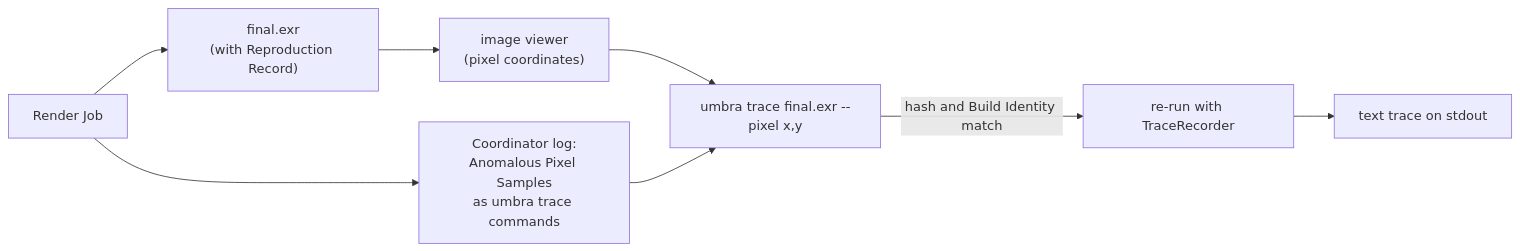
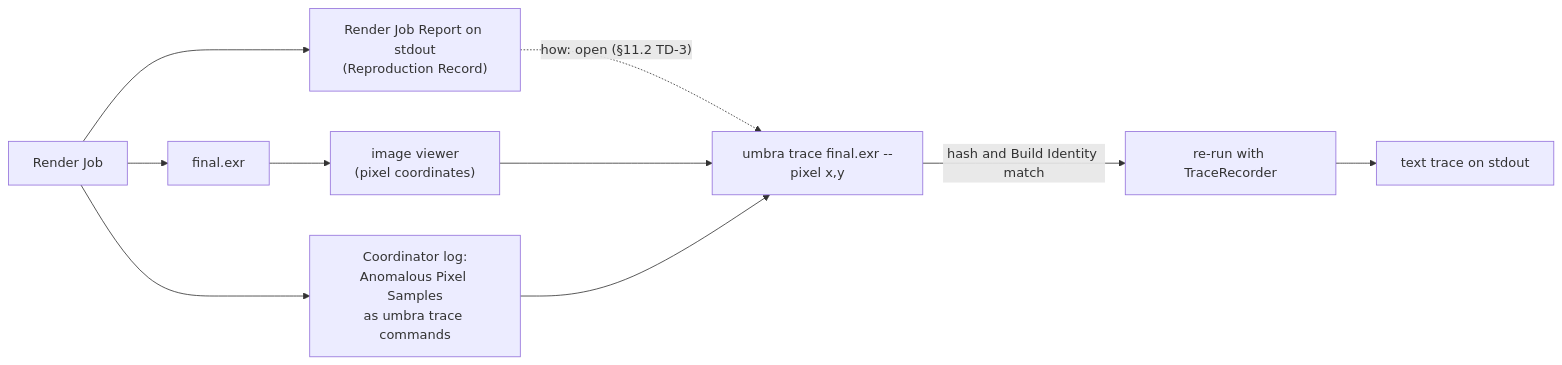
One commit to sergioffpc/umbra changed the seventh of 11 diagrams in docs/architecture/08-crosscutting-concepts.md. Above: the diagram before and after it, drawn with Mermaid. The commit also changed other lines of this file and 7 other files, not shown here.

First line of the commit message:
docs: describe the Render Job Report as text on stdout, not JSON

````diff
--- a/docs/architecture/08-crosscutting-concepts.md
+++ b/docs/architecture/08-crosscutting-concepts.md
@@ -211,10 +211,12 @@
 ```mermaid
 flowchart LR
-    R["Render Job"] --> I["final.exr<br/>(with Reproduction Record)"]
+    R["Render Job"] --> I["final.exr"]
+    R --> P["Render Job Report on stdout<br/>(Reproduction Record)"]
+    P -. "how: open (§11.2 TD-3)" .-> T
     R --> G["Coordinator log:<br/>Anomalous Pixel Samples<br/>as umbra trace commands"]
     I --> V["image viewer<br/>(pixel coordinates)"]
     V --> T["umbra trace final.exr --pixel x,y"]
     G --> T
     T -->|"hash and Build Identity match"| E["re-run with TraceRecorder"]
     E --> X["text trace on stdout"]
 ```
````
